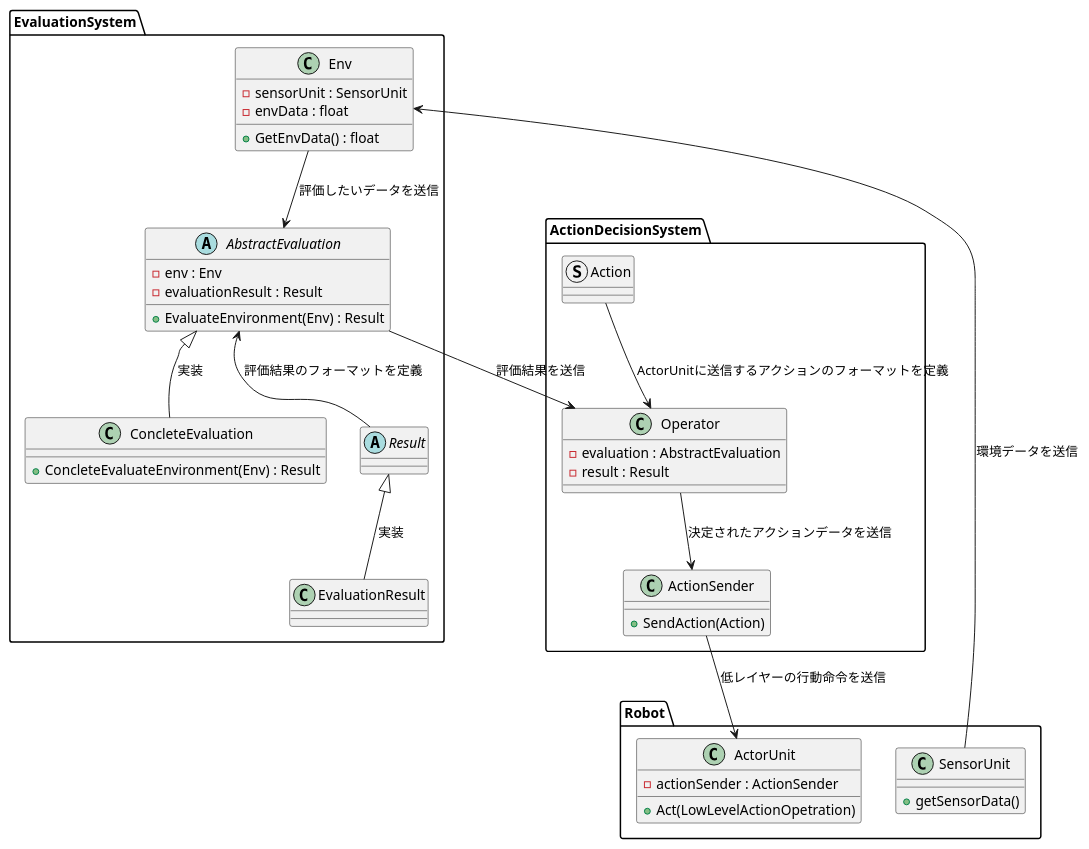
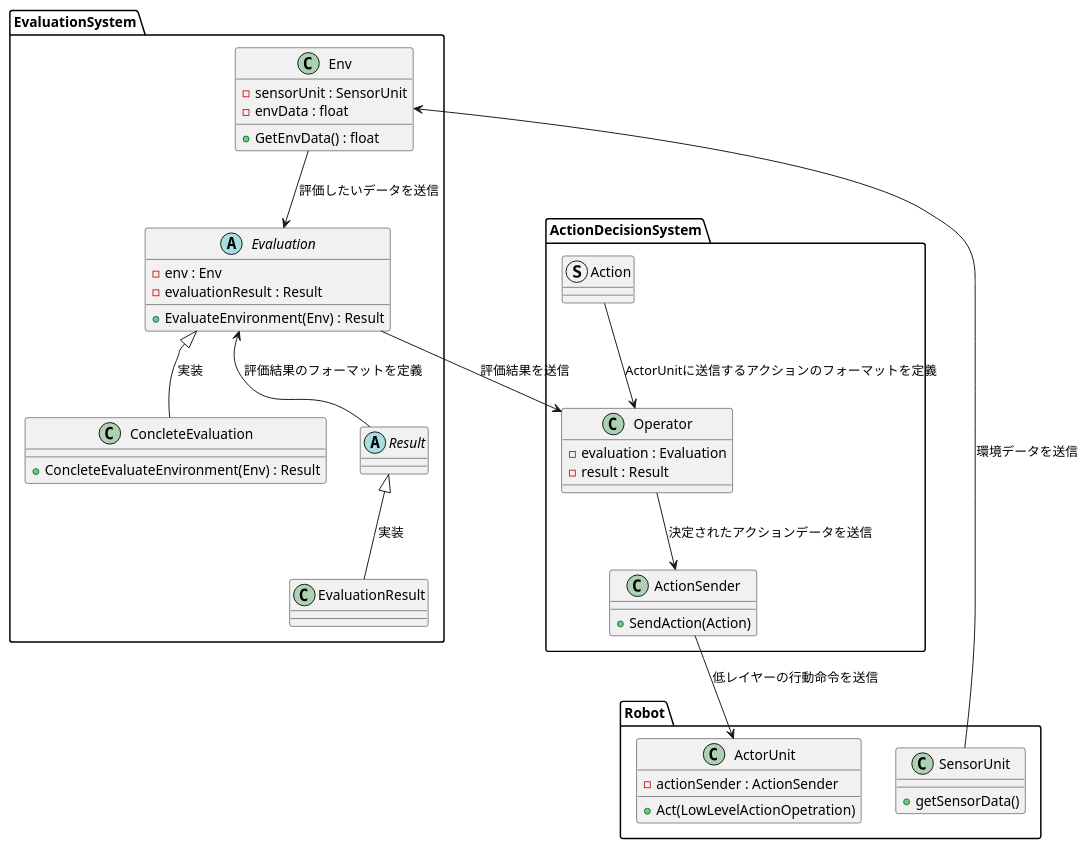
The diagram in Document/evaluate_environment.pu (Ryuzo-MYU/weak-toio), drawn with PlantUML before and after one commit. The commit also changed 8 other files, not shown here.

```diff
--- a/Document/evaluate_environment.pu
+++ b/Document/evaluate_environment.pu
@@ -1,55 +1,55 @@
 @startuml
 
 package Robot{
 	class ActorUnit{
 		- actionSender : ActionSender
 		+ Act(LowLevelActionOpetration)
 	}
 	class SensorUnit{
 		+ getSensorData()
 	}
 }
 
 package EvaluationSystem{
 	class Env{
 		- sensorUnit : SensorUnit
 		- envData : float
 		+ GetEnvData() : float
 	}
-	abstract AbstractEvaluation{
+	abstract Evaluation{
 		- env : Env
 		- evaluationResult : Result
 		+ EvaluateEnvironment(Env) : Result
 	}
 	class ConcleteEvaluation{
 		+ ConcleteEvaluateEnvironment(Env) : Result
 	}
 
 	abstract Result
 	class EvaluationResult
 }
 
 SensorUnit --> Env : 環境データを送信
-Env --> AbstractEvaluation : 評価したいデータを送信
-AbstractEvaluation <-- Result : 評価結果のフォーマットを定義
-AbstractEvaluation <|-- ConcleteEvaluation : 実装
+Env --> Evaluation : 評価したいデータを送信
+Evaluation <-- Result : 評価結果のフォーマットを定義
+Evaluation <|-- ConcleteEvaluation : 実装
 Result <|-- EvaluationResult : 実装
 
 
 package ActionDecisionSystem{
 	class Operator{
-		- evaluation : AbstractEvaluation
+		- evaluation : Evaluation
 		- result : Result
 	}
 	struct Action
 	class ActionSender{
 		+ SendAction(Action)
 	}
 }
 
-AbstractEvaluation --> Operator : 評価結果を送信
+Evaluation --> Operator : 評価結果を送信
 Action --> Operator : ActorUnitに送信するアクションのフォーマットを定義
 Operator --> ActionSender : 決定されたアクションデータを送信
 ActionSender --> ActorUnit : 低レイヤーの行動命令を送信
 
 @enduml
```
